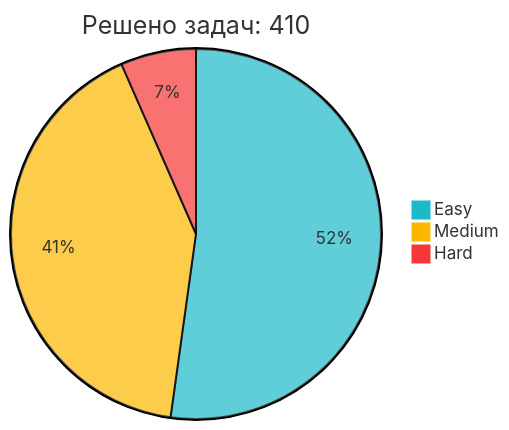
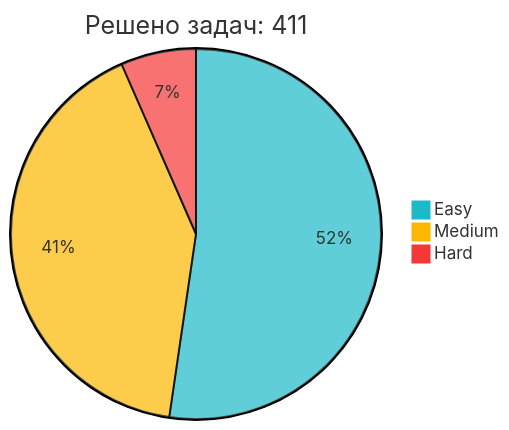
The diagram in README.md (IliaKurdukov/IliaKurdukov), drawn with Mermaid before and after one commit. The commit also changed other lines of this file, not shown here.

Commit message:
📈 Обновление статистики LeetCode

````diff
--- a/README.md
+++ b/README.md
@@ -51,7 +51,7 @@
 ```mermaid
 %%{init: {'theme': 'base', 'themeVariables': { 'pie1': '#1CBAC8', 'pie2': '#FEB700', 'pie3': '#F63737' }, 'config': {'width': 300, 'height': 200}}}%%
-pie title Решено задач: 410
-   "Easy" : 214
+pie title Решено задач: 411
+   "Easy" : 215
    "Medium" : 169
    "Hard" : 27
 ```
````
